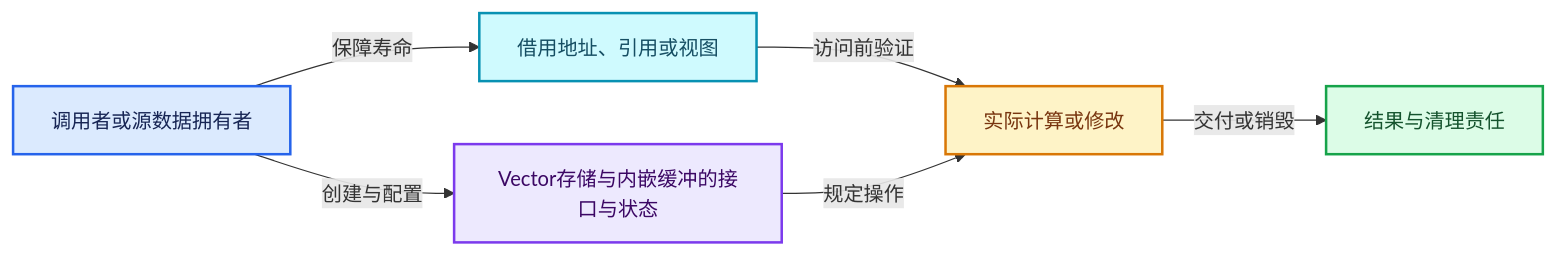
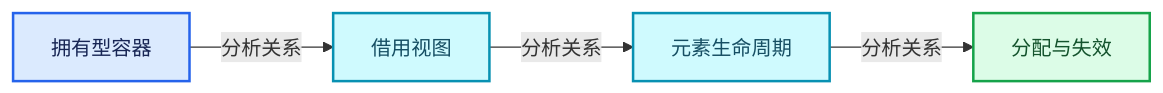
Before and after one commit to yunkezengren/blender-.vscode: the third of 4 diagrams in 杂/markdown/全面学习-codex/01-基础容器与现代CPP/09-Vector存储与内嵌缓冲.md, drawn with Mermaid. The commit also changed other lines of this file and 1930 other files, not shown here.

````diff
--- a/杂/markdown/全面学习-codex/01-基础容器与现代CPP/09-Vector存储与内嵌缓冲.md
+++ b/杂/markdown/全面学习-codex/01-基础容器与现代CPP/09-Vector存储与内嵌缓冲.md
@@ -426,19 +57,16 @@
 ```mermaid
 flowchart LR
-  O["调用者或源数据拥有者"]:::input
-  V["Vector存储与内嵌缓冲的接口与状态"]:::abstraction
-  B["借用地址、引用或视图"]:::data
-  W["实际计算或修改"]:::compute
-  R["结果与清理责任"]:::result
-  O -->|"创建与配置"| V
-  O -->|"保障寿命"| B
-  B -->|"访问前验证"| W
-  V -->|"规定操作"| W
-  W -->|"交付或销毁"| R
+  P0["拥有型容器"]:::input
+  P1["借用视图"]:::data
+  P2["元素生命周期"]:::data
+  P3["分配与失效"]:::result
+  P0 -->|"分析关系"| P1
+  P1 -->|"分析关系"| P2
+  P2 -->|"分析关系"| P3
   classDef input fill:#DBEAFE,stroke:#2563EB,color:#172554,stroke-width:2px;
   classDef data fill:#CFFAFE,stroke:#0891B2,color:#164E63,stroke-width:2px;
   classDef abstraction fill:#EDE9FE,stroke:#7C3AED,color:#3B0764,stroke-width:2px;
   classDef compute fill:#FEF3C7,stroke:#D97706,color:#78350F,stroke-width:2px;
   classDef result fill:#DCFCE7,stroke:#16A34A,color:#14532D,stroke-width:2px;
   classDef error fill:#FEE2E2,stroke:#DC2626,color:#7F1D1D,stroke-width:2px;
 ```
````
